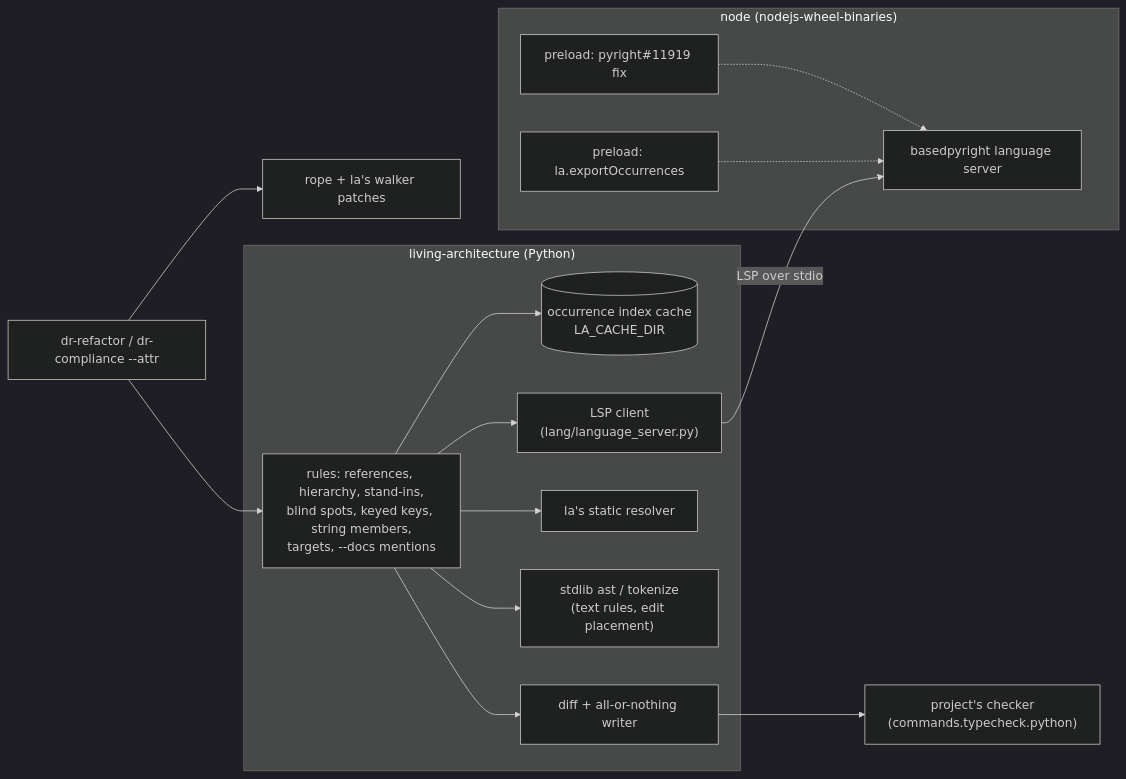
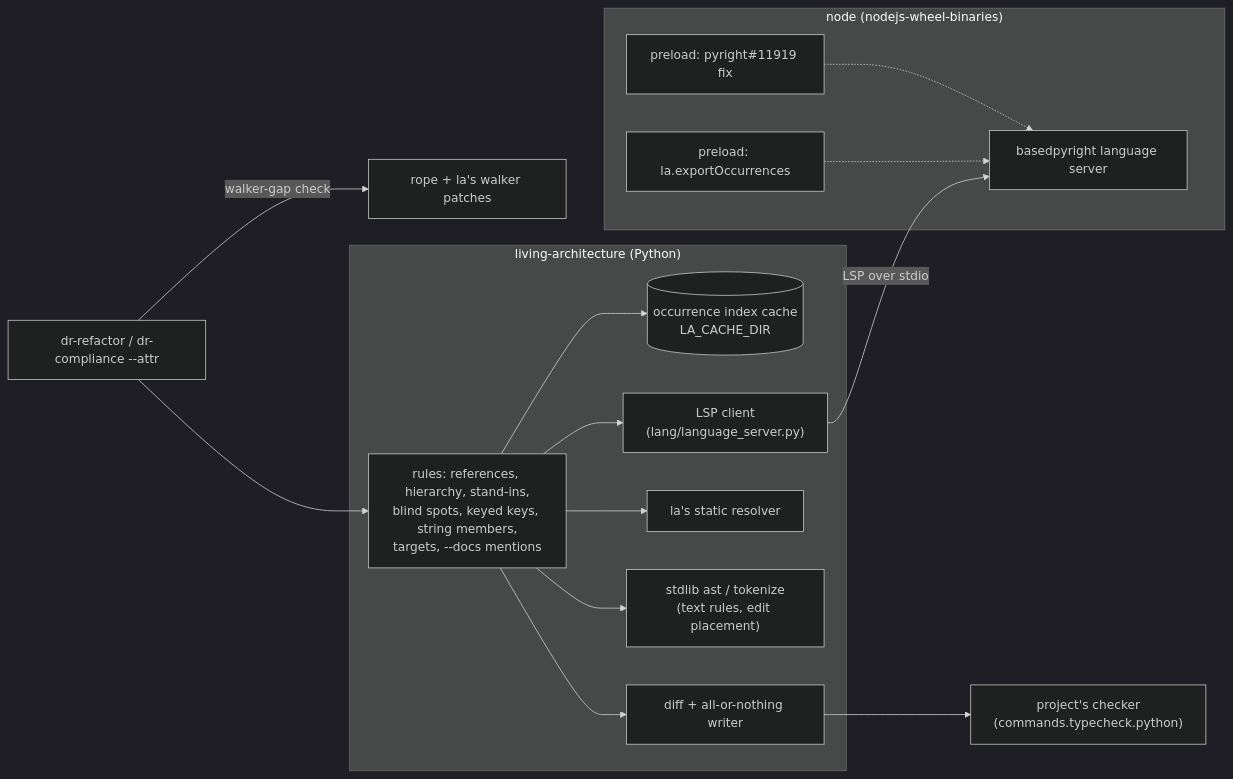
Before and after one commit to MotleyAI/living-architecture: the diagram in docs/refactoring-internals.md, drawn with Mermaid (dark theme). The commit also changed other lines of this file and 27 other files, not shown here.

````diff
--- a/docs/refactoring-internals.md
+++ b/docs/refactoring-internals.md
@@ -8,31 +8,31 @@
 ```mermaid
 flowchart LR
   cmd["dr-refactor / dr-compliance --attr"]
   subgraph la["living-architecture (Python)"]
     rules["rules: references, hierarchy, stand-ins,<br/>blind spots, keyed keys, string members,<br/>targets, --docs mentions"]
     client["LSP client<br/>(lang/language_server.py)"]
     cache[("occurrence index cache<br/>LA_CACHE_DIR")]
     stdlib["stdlib ast / tokenize<br/>(text rules, edit placement)"]
     writer["diff + all-or-nothing writer"]
     static["la's static resolver"]
   end
   rope["rope + la's walker patches"]
   subgraph node["node (nodejs-wheel-binaries)"]
     ls["basedpyright language server"]
     patch["preload: pyright#11919 fix"]
     export["preload: la.exportOccurrences"]
   end
   checker["project's checker<br/>(commands.typecheck.python)"]
 
-  cmd --> rope
+  cmd -- "walker-gap check" --> rope
   cmd --> rules
   rules --> cache
   rules --> client
   client -- "LSP over stdio" --> ls
   patch -.-> ls
   export -.-> ls
   rules --> static
   rules --> stdlib
   rules --> writer
   writer --> checker
 ```
````
